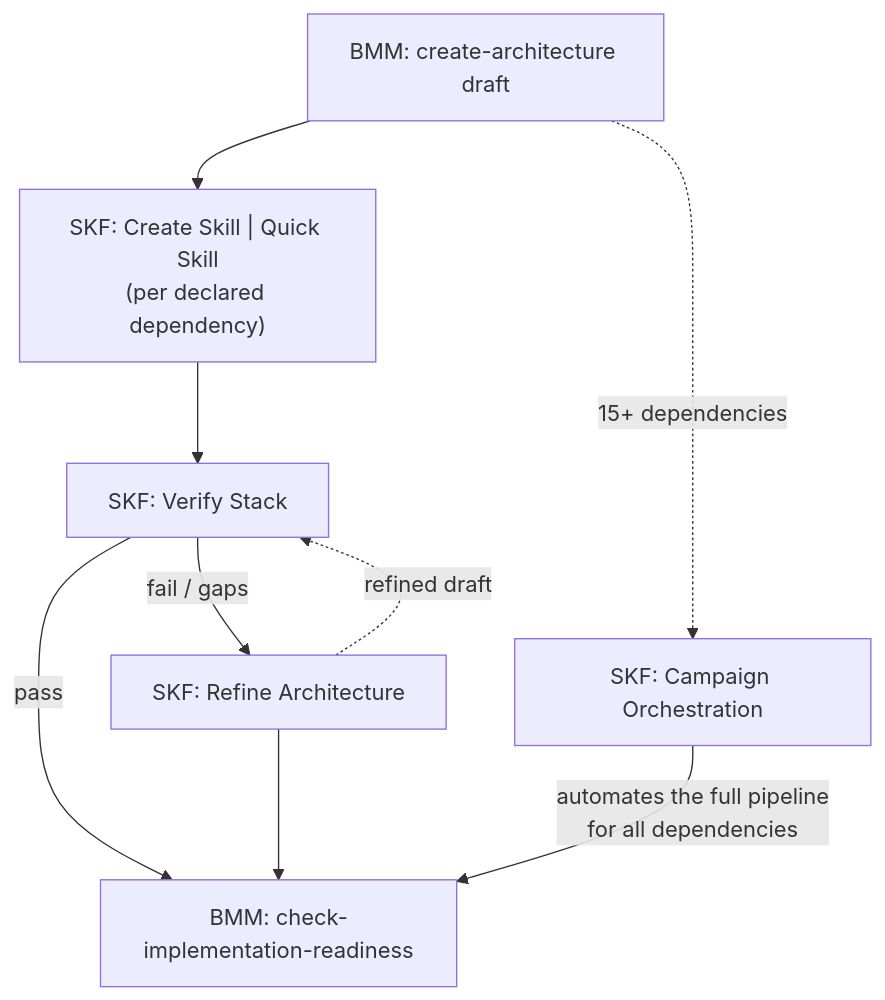
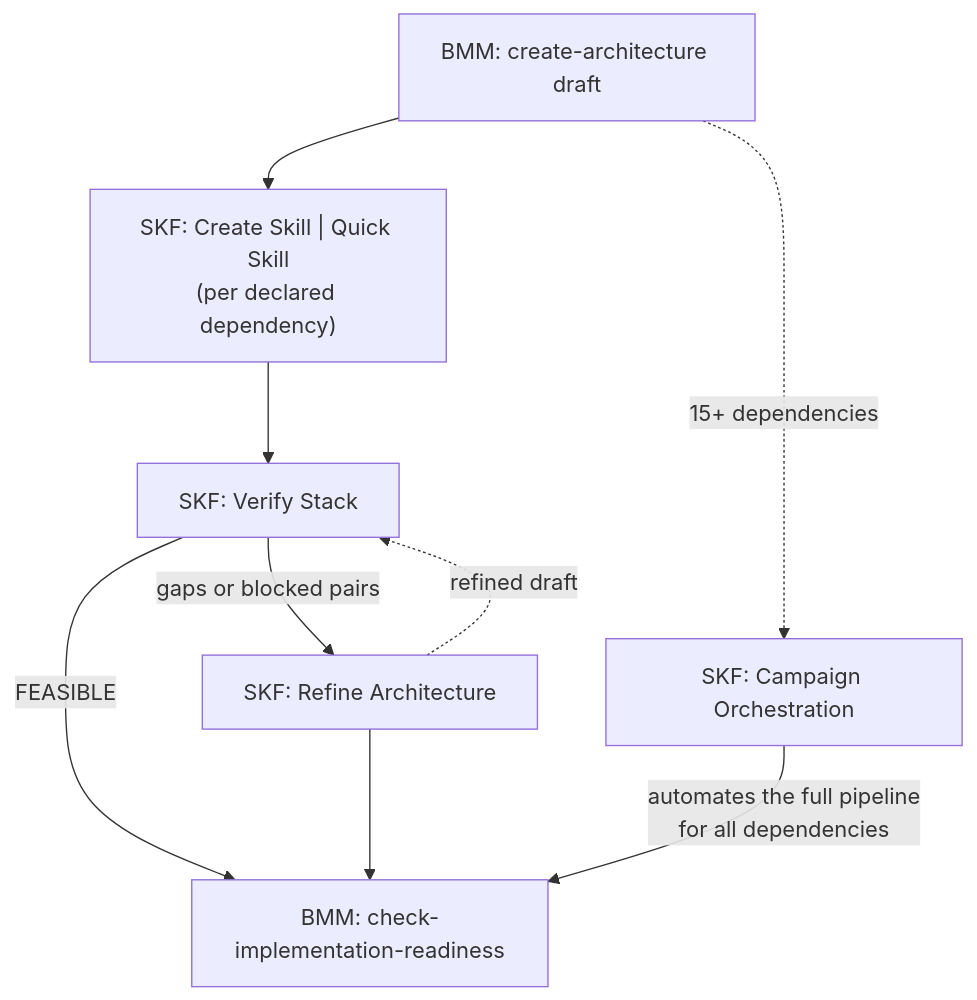
The second of 3 diagrams in docs/bmad-synergy.md (armelhbobdad/bmad-module-skill-forge), drawn with Mermaid before and after one commit. The commit also changed other lines of this file and 27 other files, not shown here.

````diff
--- a/docs/bmad-synergy.md
+++ b/docs/bmad-synergy.md
@@ -113,12 +113,12 @@
 ```mermaid
 flowchart TD
     ARCH[BMM: create-architecture draft] --> GEN["SKF: Create Skill | Quick Skill<br/>(per declared dependency)"]
     GEN --> VS[SKF: Verify Stack]
-    VS -->|pass| READY[BMM: check-implementation-readiness]
-    VS -->|fail / gaps| RA[SKF: Refine Architecture]
+    VS -->|FEASIBLE| READY[BMM: check-implementation-readiness]
+    VS -->|gaps or blocked pairs| RA[SKF: Refine Architecture]
     RA -.->|refined draft| VS
     RA --> READY
 
     ARCH -.->|15+ dependencies| CAMPAIGN[SKF: Campaign Orchestration]
     CAMPAIGN -->|"automates the full pipeline<br/>for all dependencies"| READY
 ```
````
